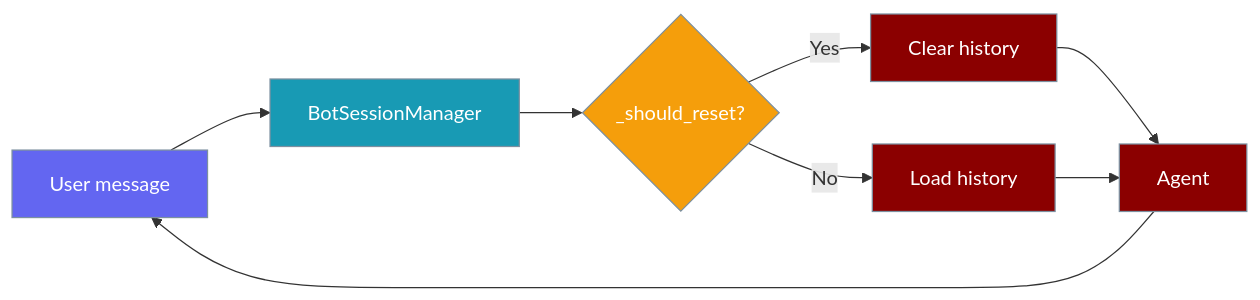
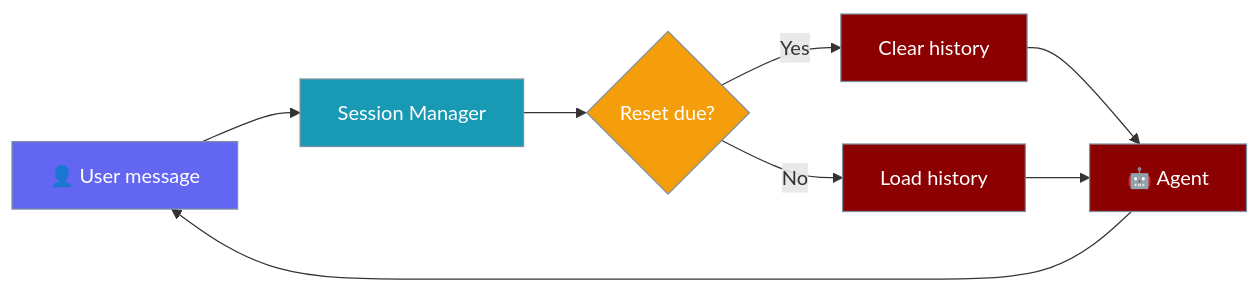
The first of 2 diagrams in docs/features/bot-session-reset.mdx (MervinPraison/PraisonAIDocs), drawn with Mermaid before and after one commit. The commit also changed other lines of this file, not shown here.

First line of the commit message:
docs: improve bot-session-reset user-friendliness (fixes #647)

````diff
--- a/docs/features/bot-session-reset.mdx
+++ b/docs/features/bot-session-reset.mdx
@@ -10,20 +10,20 @@
 ```mermaid
 graph LR
-    U[User message] --> M[BotSessionManager]
-    M --> R{_should_reset?}
+    U[👤 User message] --> M[Session Manager]
+    M --> R{Reset due?}
     R -->|Yes| C[Clear history]
     R -->|No| H[Load history]
-    C --> A[Agent]
+    C --> A[🤖 Agent]
     H --> A
     A --> U
 
     classDef user fill:#6366F1,stroke:#7C90A0,color:#fff
     classDef process fill:#189AB4,stroke:#7C90A0,color:#fff
     classDef decision fill:#F59E0B,stroke:#7C90A0,color:#fff
     classDef agent fill:#8B0000,stroke:#7C90A0,color:#fff
 
     class U user
     class M process
     class R decision
     class C,H,A agent
 ```
````
